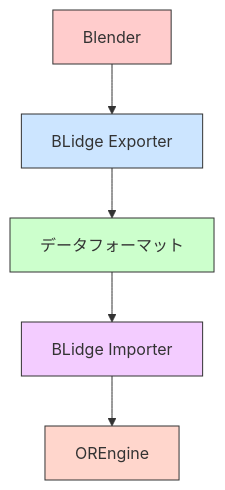
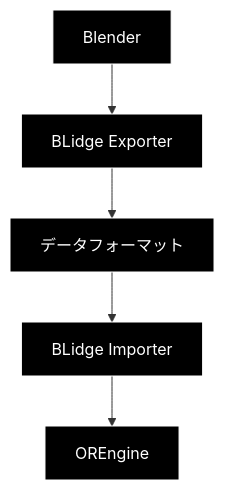
The first of 2 diagrams in docs/integration/blender.md (ukonpower/OREngine), drawn with Mermaid before and after one commit. The commit also changed other lines of this file and 5 other files, not shown here.

Commit message:
docs: switch diagrams to dark theme

````diff
--- a/docs/integration/blender.md
+++ b/docs/integration/blender.md
@@ -10,13 +10,13 @@
 ```mermaid
 graph TD
     Blender[Blender] --> Exporter[BLidge Exporter]
     Exporter --> Format[データフォーマット]
     Format --> Importer[BLidge Importer]
     Importer --> Engine[OREngine]
 
-    style Blender fill:#ffcccc,stroke:#333
-    style Exporter fill:#cce5ff,stroke:#333
-    style Format fill:#ccffcc,stroke:#333
-    style Importer fill:#f3ccff,stroke:#333
-    style Engine fill:#ffd6cc,stroke:#333
+    style Blender fill:#000,stroke:#fff,color:#fff
+    style Exporter fill:#000,stroke:#fff,color:#fff
+    style Format fill:#000,stroke:#fff,color:#fff
+    style Importer fill:#000,stroke:#fff,color:#fff
+    style Engine fill:#000,stroke:#fff,color:#fff
 ```
````
